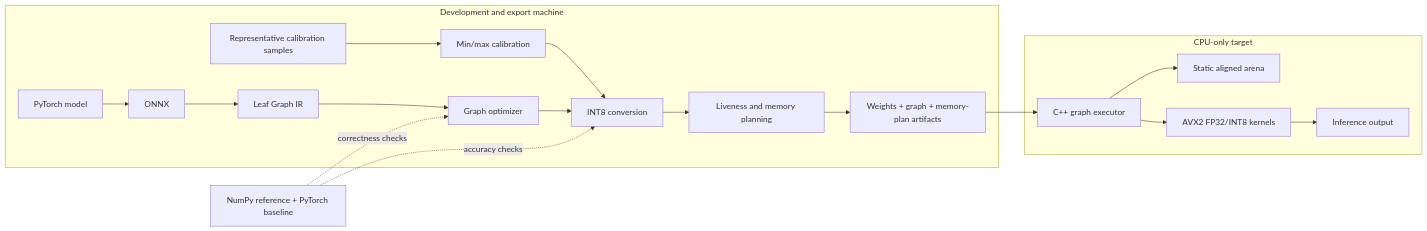
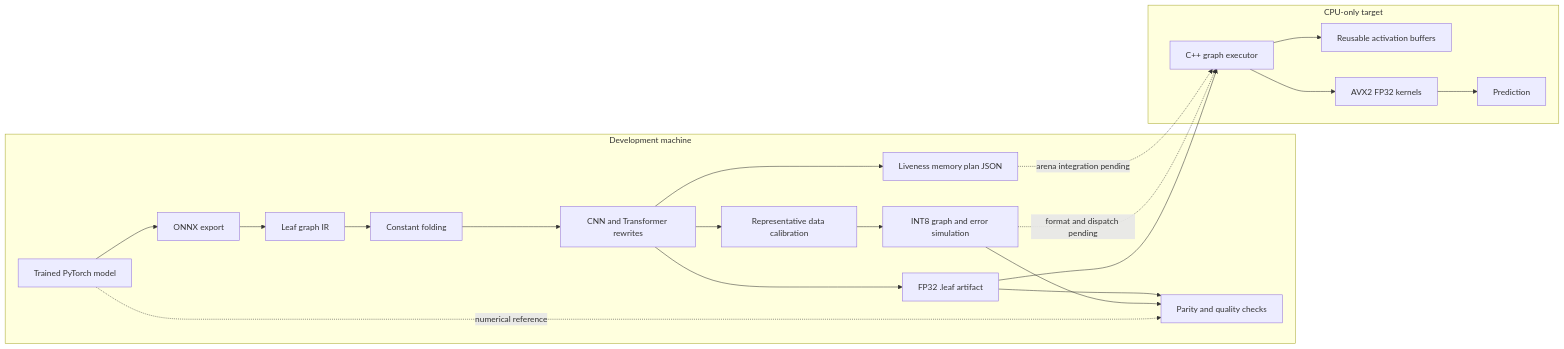
The first of 2 diagrams in README.md (Nbit-51/Leaf), drawn with Mermaid before and after one commit. The commit also changed other lines of this file and 16 other files, not shown here.

````diff
--- a/README.md
+++ b/README.md
@@ -16,23 +60,24 @@
 ```mermaid
 flowchart LR
-    subgraph Dev[Development and export machine]
-        PT[PyTorch model] --> ONNX[ONNX]
-        ONNX --> IR[Leaf Graph IR]
-        DATA[Representative calibration samples] --> CAL[Min/max calibration]
-        IR --> OPT[Graph optimizer]
-        CAL --> Q[INT8 conversion]
-        OPT --> Q
-        Q --> MP[Liveness and memory planning]
-        MP --> ART[Weights + graph + memory-plan artifacts]
+    subgraph Dev[Development machine]
+      PT[Trained PyTorch model] --> ONNX[ONNX export]
+      ONNX --> IR[Leaf graph IR]
+      IR --> CF[Constant folding]
+      CF --> FU[CNN and Transformer rewrites]
+      FU --> FP[FP32 .leaf artifact]
+      FU --> CAL[Representative data calibration]
+      CAL --> Q[INT8 graph and error simulation]
+      FU --> MP[Liveness memory plan JSON]
+      PT -. numerical reference .-> CHECK[Parity and quality checks]
+      Q --> CHECK
+      FP --> CHECK
     end
-
     subgraph Target[CPU-only target]
-        ART --> EXEC[C++ graph executor]
-        EXEC --> ARENA[Static aligned arena]
-        EXEC --> KERNELS[AVX2 FP32/INT8 kernels]
-        KERNELS --> OUT[Inference output]
+      FP --> EX[C++ graph executor]
+      EX --> POOL[Reusable activation buffers]
+      EX --> AVX[AVX2 FP32 kernels]
+      AVX --> OUT[Prediction]
     end
-
-    ORACLE[NumPy reference + PyTorch baseline] -. correctness checks .-> OPT
-    ORACLE -. accuracy checks .-> Q
+    Q -. format and dispatch pending .-> EX
+    MP -. arena integration pending .-> EX
 ```
````
